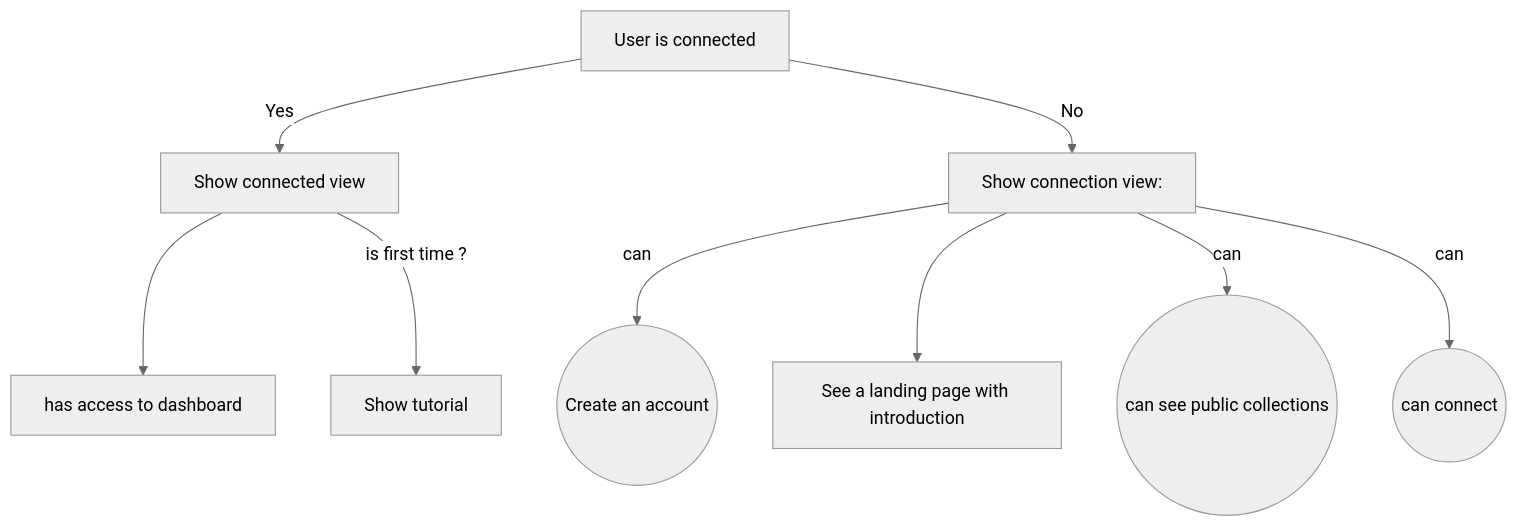
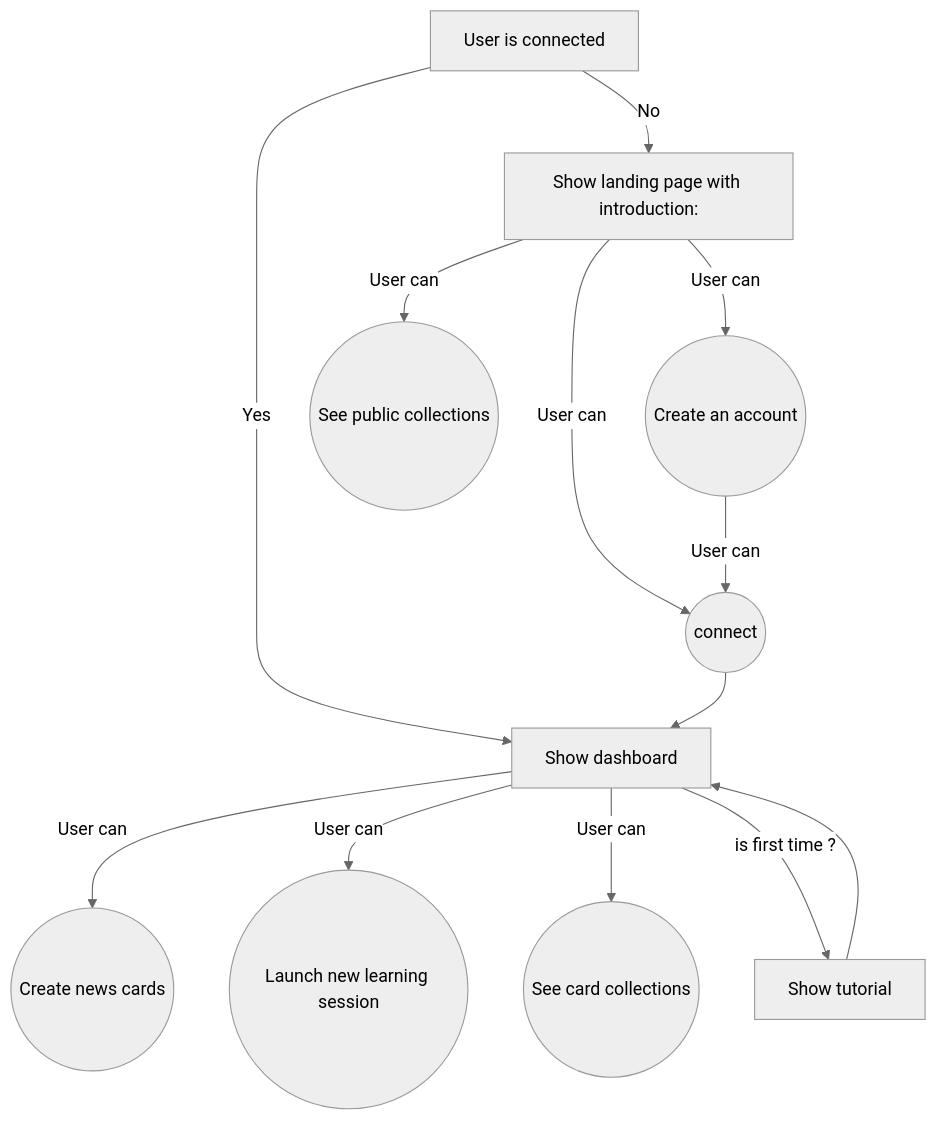
The diagram in annexes/project-planning.md (Xavier-lamy/flash-cards), drawn with Mermaid (neutral theme) before and after one commit. The commit also changed other lines of this file and 1 other file, not shown here.

Commit message:
Improve brainstorming with schemas

````diff
--- a/annexes/project-planning.md
+++ b/annexes/project-planning.md
@@ -392,11 +394,16 @@
 ```mermaid
 flowchart TD
-    A[User is connected] --> |Yes| B[Show connected view]
-    A --> |No| C[Show connection view:]
-    C -- can --> D((Create an account))
-    C --> E[See a landing page with introduction]
-    C -- can --> F((can see public collections))
-    C -- can --> G((can connect))
-    B --> H[has access to dashboard]
-    B -- is first time ? --> J[Show tutorial]
+    A[User is connected] --> |Yes| B[Show dashboard]
+    A --> |No| C[Show landing page with introduction:]
+    C -- User can --> D((Create an account))
+    C -- User can --> E((See public collections))
+    C -- User can --> F((connect))
+    B -- User can --> H((Create news cards))
+    B -- User can --> I((Launch new learning session))
+    B -- User can --> J((See card collections))
+    B -- is first time ? --> G[Show tutorial]
+    G --> B
+    D -- User can --> F
+    F --> B
+
 ```
````
